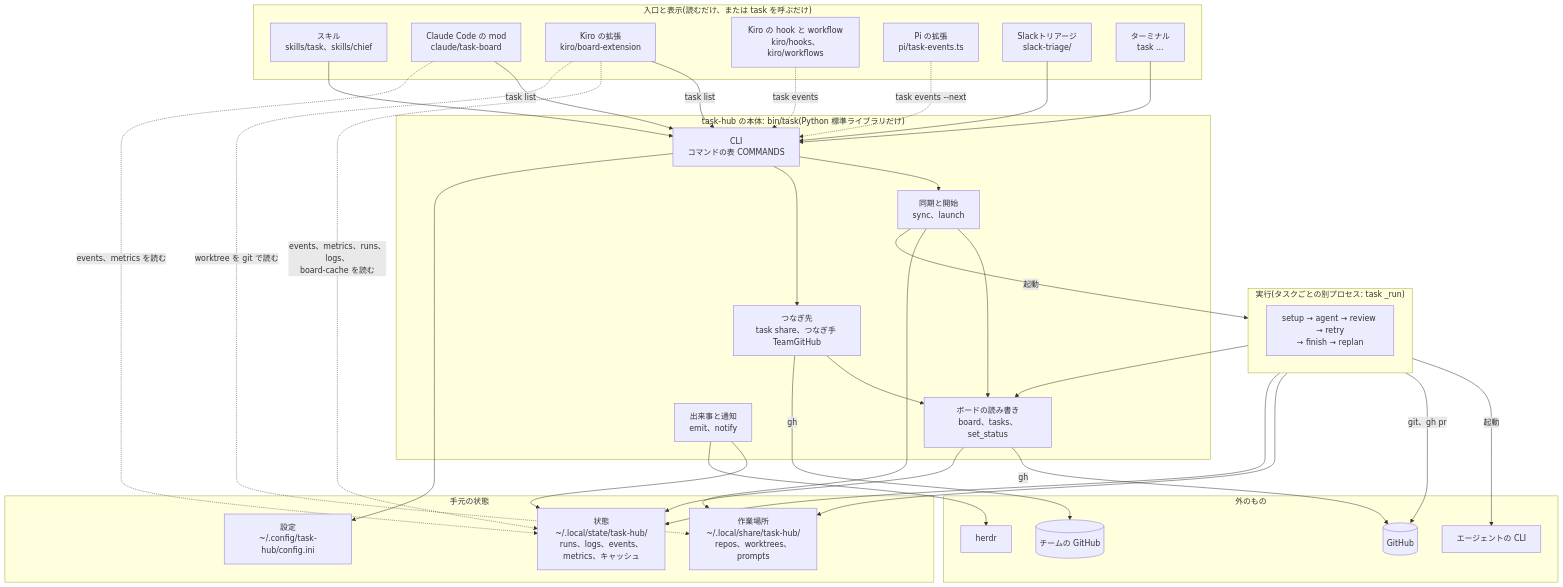
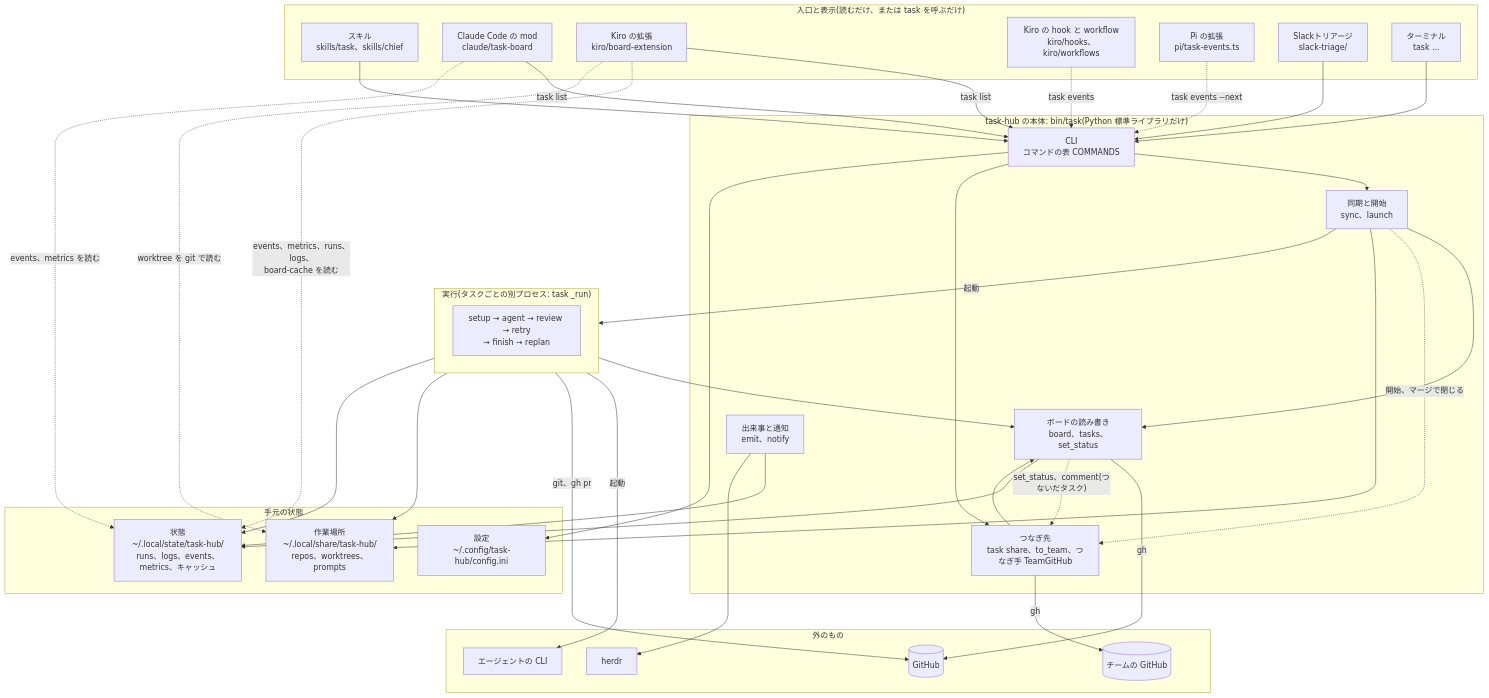
One commit to jyoka/task-hub changed the second of 6 diagrams in docs/architecture/hld.md. Above: the diagram before and after it, drawn with Mermaid. The commit also changed other lines of this file and 8 other files, not shown here.

Commit message:
task 120: task share (2/2): つないだタスクの Status と Report をチームに写す

````diff
--- a/docs/architecture/hld.md
+++ b/docs/architecture/hld.md
@@ -52,65 +52,67 @@
 ```mermaid
 flowchart TB
     subgraph surfaces["入口と表示(読むだけ、または task を呼ぶだけ)"]
         skills["スキル<br/>skills/task、skills/chief"]
         mod["Claude Code の mod<br/>claude/task-board"]
         kext["Kiro の拡張<br/>kiro/board-extension"]
         khook["Kiro の hook と workflow<br/>kiro/hooks、kiro/workflows"]
         piext["Pi の拡張<br/>pi/task-events.ts"]
         triage["Slackトリアージ<br/>slack-triage/"]
         term["ターミナル<br/>task ..."]
     end
 
     subgraph core["task-hub の本体: bin/task(Python 標準ライブラリだけ)"]
         cli["CLI<br/>コマンドの表 COMMANDS"]
         sync["同期と開始<br/>sync、launch"]
         board["ボードの読み書き<br/>board、tasks、set_status"]
         notify["出来事と通知<br/>emit、notify"]
-        links["つなぎ先<br/>task share、つなぎ手 TeamGitHub"]
+        links["つなぎ先<br/>task share、to_team、つなぎ手 TeamGitHub"]
     end
 
     subgraph runner["実行(タスクごとの別プロセス: task _run)"]
         pipe["setup → agent → review → retry<br/>→ finish → replan"]
     end
 
     subgraph local["手元の状態"]
         cfg["設定<br/>~/.config/task-hub/config.ini"]
         state["状態<br/>~/.local/state/task-hub/<br/>runs、logs、events、metrics、キャッシュ"]
         data["作業場所<br/>~/.local/share/task-hub/<br/>repos、worktrees、prompts"]
     end
 
     subgraph ext["外のもの"]
         gh[("GitHub")]
         team[("チームの GitHub")]
         agents["エージェントの CLI"]
         herdr["herdr"]
     end
 
     skills --> cli
     term --> cli
     triage --> cli
     mod -- "task list" --> cli
     kext -- "task list" --> cli
     mod -. "events、metrics を読む" .-> state
     kext -. "events、metrics、runs、logs、<br/>board-cache を読む" .-> state
     kext -. "worktree を git で読む" .-> data
     khook -. "task events" .-> cli
     piext -. "task events --next" .-> cli
     cli --> sync
     sync --> board
     sync -- "起動" --> runner
     board -- "gh" --> gh
     cli --> links
     links --> board
     links -- "gh" --> team
+    board -. "set_status、comment(つないだタスク)" .-> links
+    sync -. "開始、マージで閉じる" .-> links
     runner --> board
     runner -- "起動" --> agents
     runner -- "git、gh pr" --> gh
     runner --> data
     sync --> data
     notify --> state
     notify --> herdr
     board --> state
     runner --> state
     cli --> cfg
 ```
````
